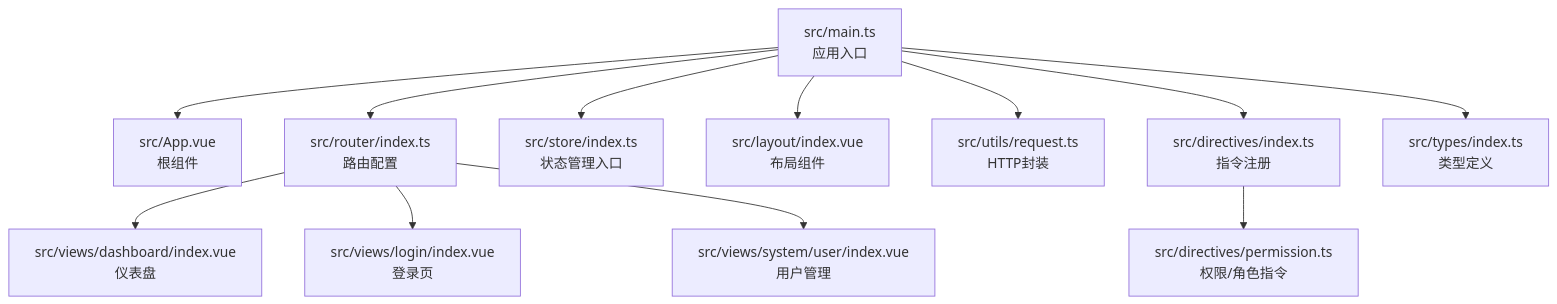
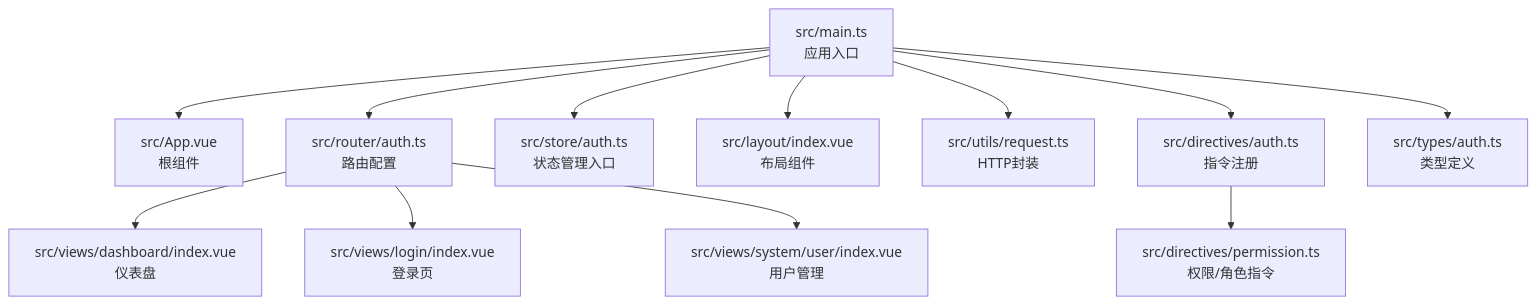
Before and after one commit to qiseyun/vue-ts-admin: the first of 9 diagrams in .qoder/repowiki/zh/content/项目概述.md, drawn with Mermaid. The commit also changed other lines of this file and 42 other files, not shown here.

````diff
--- a/.qoder/repowiki/zh/content/项目概述.md
+++ b/.qoder/repowiki/zh/content/项目概述.md
@@ -52,14 +52,14 @@
 ```mermaid
 graph TB
 A["src/main.ts<br/>应用入口"] --> B["src/App.vue<br/>根组件"]
-A --> C["src/router/index.ts<br/>路由配置"]
-A --> D["src/store/index.ts<br/>状态管理入口"]
+A --> C["src/router/auth.ts<br/>路由配置"]
+A --> D["src/store/auth.ts<br/>状态管理入口"]
 A --> E["src/layout/index.vue<br/>布局组件"]
 C --> F["src/views/dashboard/index.vue<br/>仪表盘"]
 C --> G["src/views/login/index.vue<br/>登录页"]
 C --> H["src/views/system/user/index.vue<br/>用户管理"]
 A --> I["src/utils/request.ts<br/>HTTP封装"]
-A --> J["src/directives/index.ts<br/>指令注册"]
+A --> J["src/directives/auth.ts<br/>指令注册"]
 J --> K["src/directives/permission.ts<br/>权限/角色指令"]
-A --> L["src/types/index.ts<br/>类型定义"]
+A --> L["src/types/auth.ts<br/>类型定义"]
 ```
````
